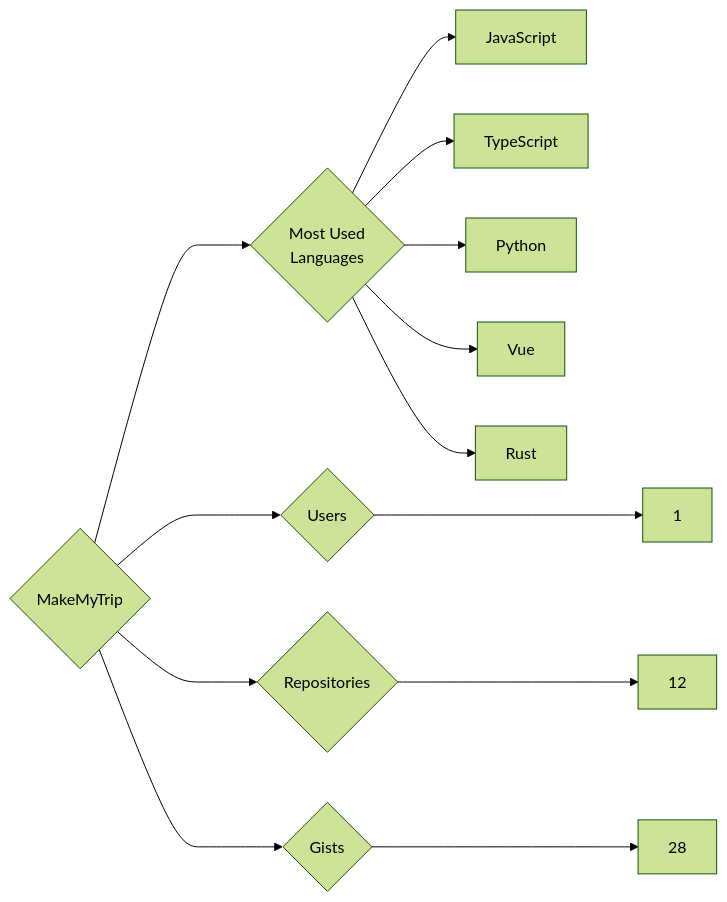
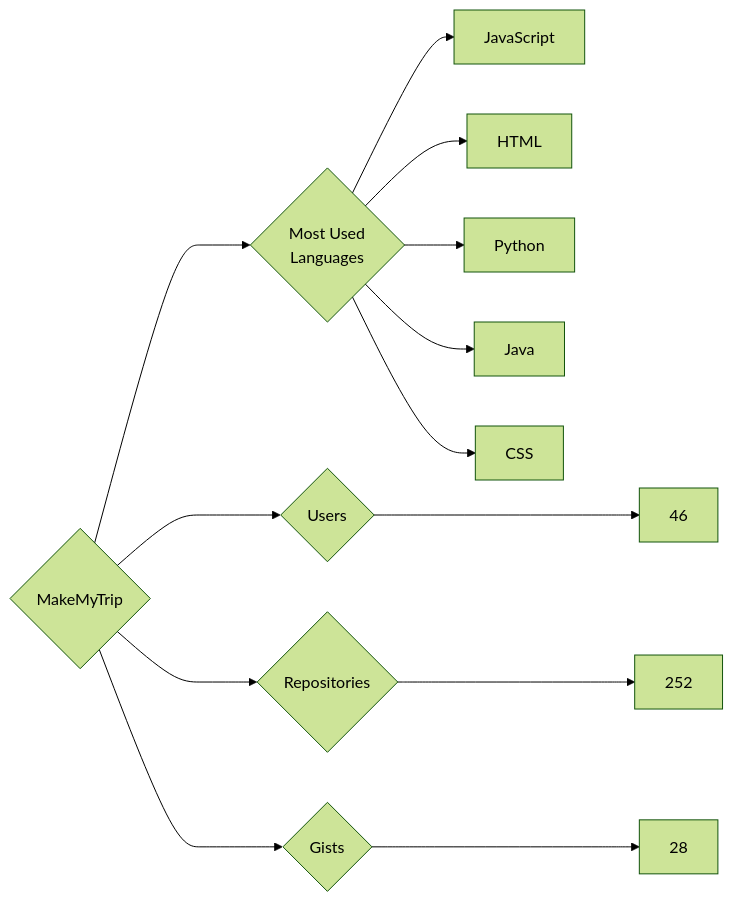
One commit to trickest/insiders changed the diagram in targets/MakeMyTrip/README.md. Above: the diagram before and after it, drawn with Mermaid (forest theme). The commit also changed 837 other files, not shown here.

````diff
--- a/targets/MakeMyTrip/README.md
+++ b/targets/MakeMyTrip/README.md
@@ -3,13 +3,13 @@
 ```mermaid
 graph LR
 COMPANY_NAME{MakeMyTrip}
-COMPANY_NAME ---> U{Users} ---> UN[1]
-COMPANY_NAME ---> R{Repositories} ---> RN[12]
+COMPANY_NAME ---> U{Users} ---> UN[46]
+COMPANY_NAME ---> R{Repositories} ---> RN[252]
 COMPANY_NAME ---> G{Gists} ---> GN[28]
 COMPANY_NAME ---> ML{Most Used<br>Languages}
 ML --> JavaScript[JavaScript]
-ML --> TypeScript[TypeScript]
+ML --> HTML[HTML]
 ML --> Python[Python]
-ML --> Vue[Vue]
-ML --> Rust[Rust]
+ML --> Java[Java]
+ML --> CSS[CSS]
 ```
````
